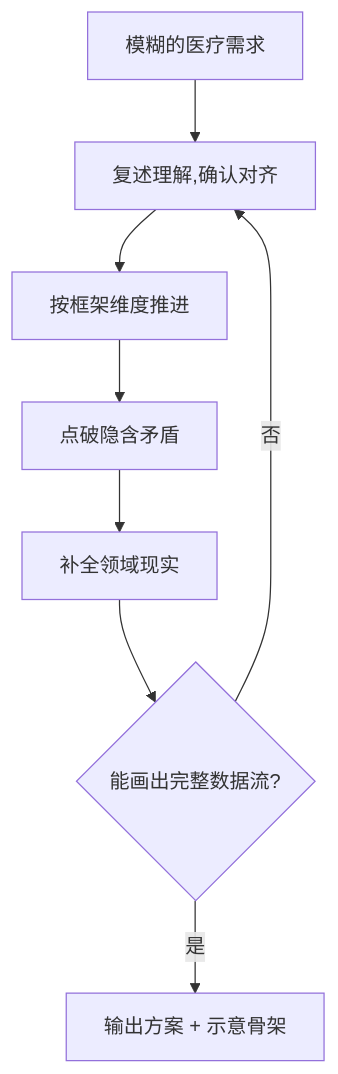
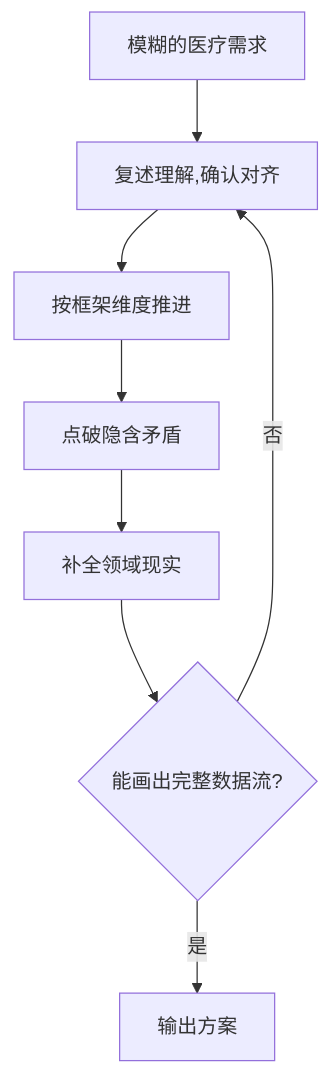
Before and after one commit to AIHongDOU/DoctorWhy: the second of 2 diagrams in README.md, drawn with Mermaid. The commit also changed other lines of this file, not shown here.

````diff
--- a/README.md
+++ b/README.md
@@ -62,10 +87,10 @@
 ```mermaid
 flowchart TD
     A[模糊的医疗需求] --> B[复述理解,确认对齐]
     B --> C[按框架维度推进]
     C --> D[点破隐含矛盾]
     D --> E[补全领域现实]
     E --> F{能画出完整数据流?}
     F -- 否 --> B
-    F -- 是 --> G[输出方案 + 示意骨架]
+    F -- 是 --> G[输出方案]
 ```
````
